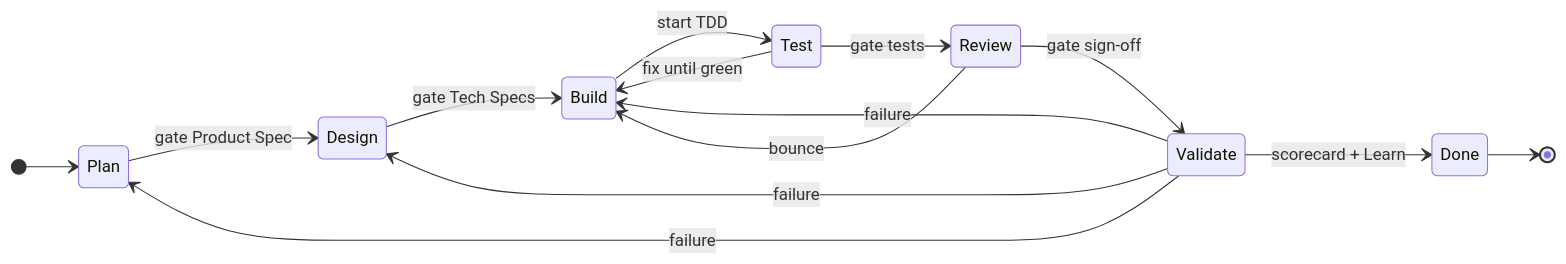
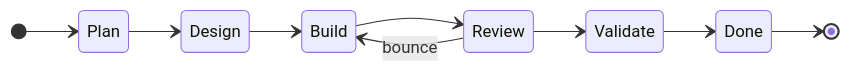
Before and after one commit to queen-of-code/AI-DLC: the third of 5 diagrams in README.md, drawn with Mermaid. The commit also changed other lines of this file and 1 other file, not shown here.

First line of the commit message:
docs: separate V-model correspondence from tracker phase flow

````diff
--- a/README.md
+++ b/README.md
@@ -43,17 +52,12 @@
 ```mermaid
 stateDiagram-v2
   direction LR
   [*] --> Plan
-  Plan --> Design: gate Product Spec
-  Design --> Build: gate Tech Specs
-  Build --> Test: start TDD
-  Test --> Build: fix until green
-  Test --> Review: gate tests
-  Review --> Validate: gate sign-off
-  Validate --> Done: scorecard + Learn
+  Plan --> Design
+  Design --> Build
+  Build --> Review
   Review --> Build: bounce
-  Validate --> Plan: failure
-  Validate --> Design: failure
-  Validate --> Build: failure
+  Review --> Validate
+  Validate --> Done
   Done --> [*]
 ```
````
